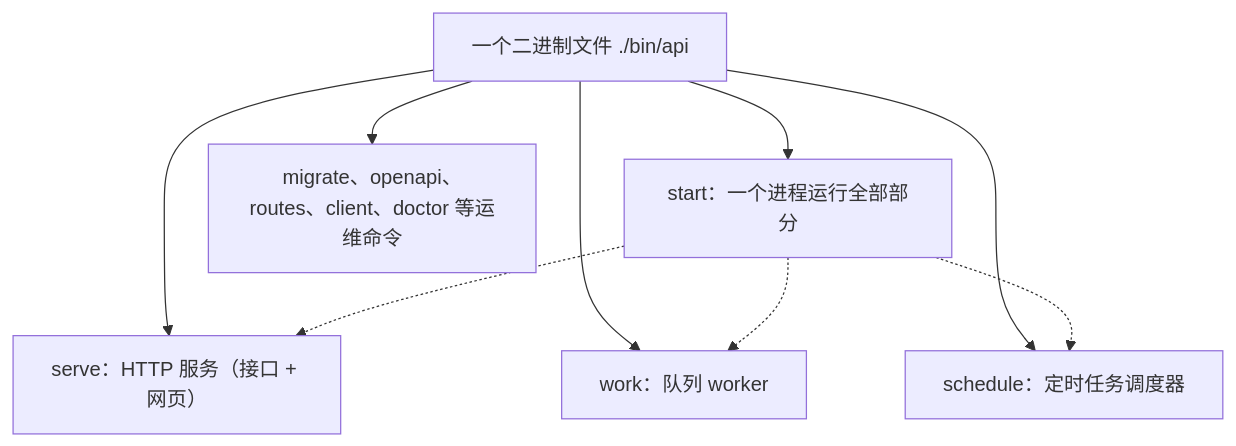
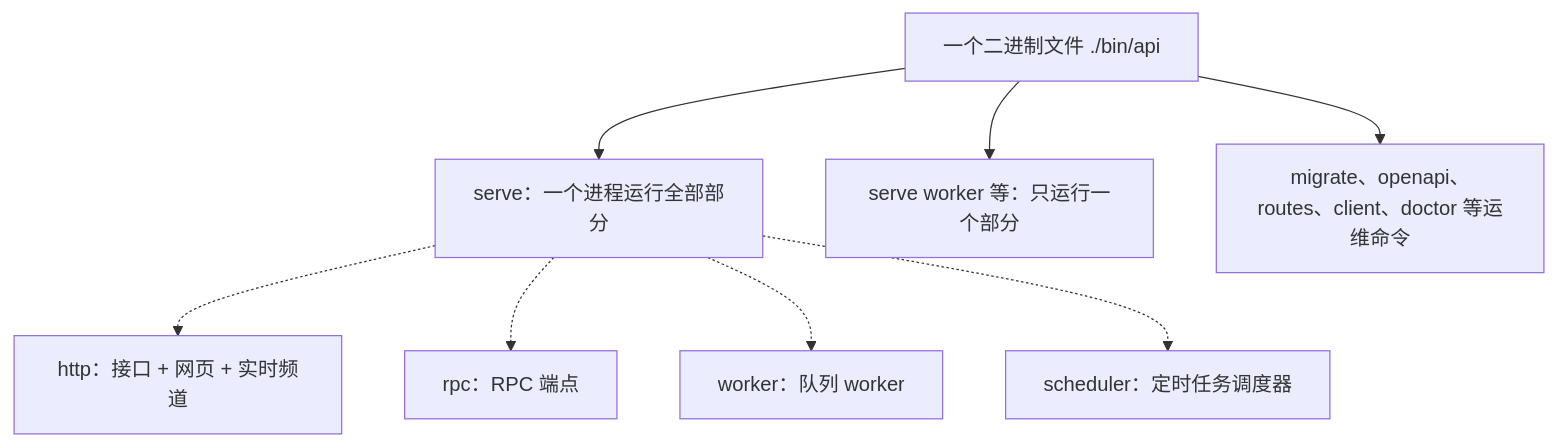
Before and after one commit to go-tenon/tenon: the third of 8 diagrams in README.md, drawn with Mermaid. The commit also changed other lines of this file and 71 other files, not shown here.

First line of the commit message:
feat(command): serve 命令按部分运行常驻进程，只有 HTTP 服务有健康检查 (#208)

````diff
--- a/README.md
+++ b/README.md
@@ -128,12 +128,11 @@
 ```mermaid
 flowchart TB
   BIN["一个二进制文件 ./bin/api"]
-  BIN --> START["start：一个进程运行全部部分"]
-  BIN --> SERVE["serve：HTTP 服务（接口 + 网页）"]
-  BIN --> WORKC["work：队列 worker"]
-  BIN --> SCHEDC["schedule：定时任务调度器"]
+  BIN --> SERVE["serve：一个进程运行全部部分"]
+  BIN --> PART["serve worker 等：只运行一个部分"]
   BIN --> OTHER["migrate、openapi、routes、client、doctor 等运维命令"]
-  START -.-> SERVE
-  START -.-> WORKC
-  START -.-> SCHEDC
+  SERVE -.-> HTTPP["http：接口 + 网页 + 实时频道"]
+  SERVE -.-> RPCP["rpc：RPC 端点"]
+  SERVE -.-> WORKP["worker：队列 worker"]
+  SERVE -.-> SCHEDP["scheduler：定时任务调度器"]
 ```
````
